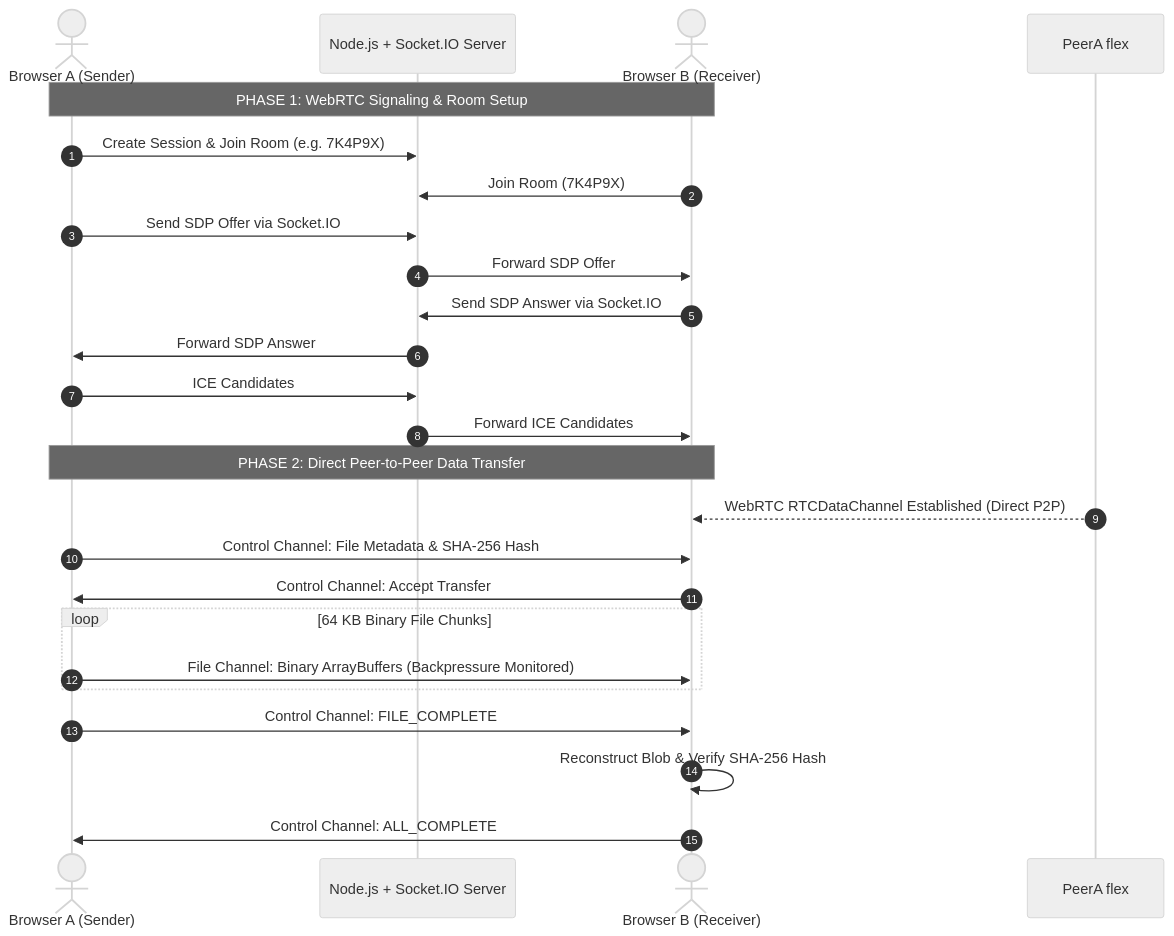
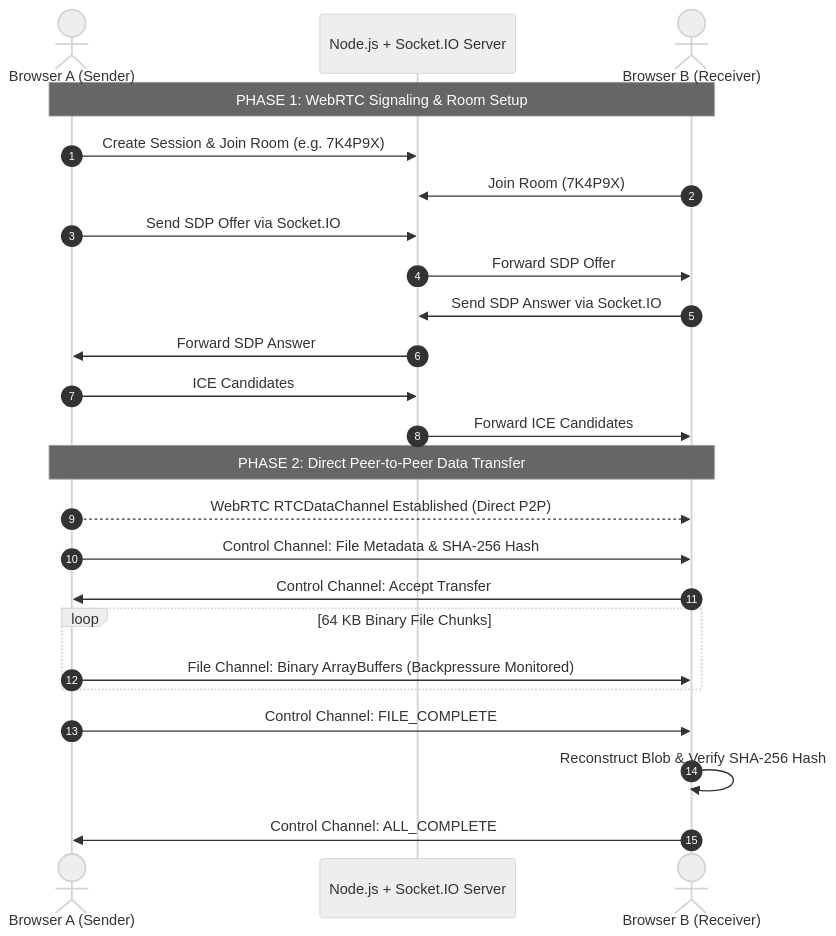
The diagram in README.md (ryanmartin060708-code/peerdrop), drawn with Mermaid (neutral theme) before and after one commit.

Commit message:
fix: repair Mermaid sequence diagram syntax in README

````diff
--- a/README.md
+++ b/README.md
@@ -16,28 +16,28 @@
 ```mermaid
 sequenceDiagram
     autonumber
     actor PeerA as Browser A (Sender)
     participant Server as Node.js + Socket.IO Server
     actor PeerB as Browser B (Receiver)
 
     Note over PeerA, PeerB: PHASE 1: WebRTC Signaling & Room Setup
     PeerA->>Server: Create Session & Join Room (e.g. 7K4P9X)
     PeerB->>Server: Join Room (7K4P9X)
     PeerA->>Server: Send SDP Offer via Socket.IO
     Server->>PeerB: Forward SDP Offer
     PeerB->>Server: Send SDP Answer via Socket.IO
     Server->>PeerA: Forward SDP Answer
     PeerA->>Server: ICE Candidates
     Server->>PeerB: Forward ICE Candidates
 
     Note over PeerA, PeerB: PHASE 2: Direct Peer-to-Peer Data Transfer
-    PeerA flex-->>PeerB: WebRTC RTCDataChannel Established (Direct P2P)
+    PeerA-->>PeerB: WebRTC RTCDataChannel Established (Direct P2P)
     PeerA->>PeerB: Control Channel: File Metadata & SHA-256 Hash
     PeerB->>PeerA: Control Channel: Accept Transfer
     loop 64 KB Binary File Chunks
         PeerA->>PeerB: File Channel: Binary ArrayBuffers (Backpressure Monitored)
     end
     PeerA->>PeerB: Control Channel: FILE_COMPLETE
     PeerB->>PeerB: Reconstruct Blob & Verify SHA-256 Hash
     PeerB->>PeerA: Control Channel: ALL_COMPLETE
 ```
````
